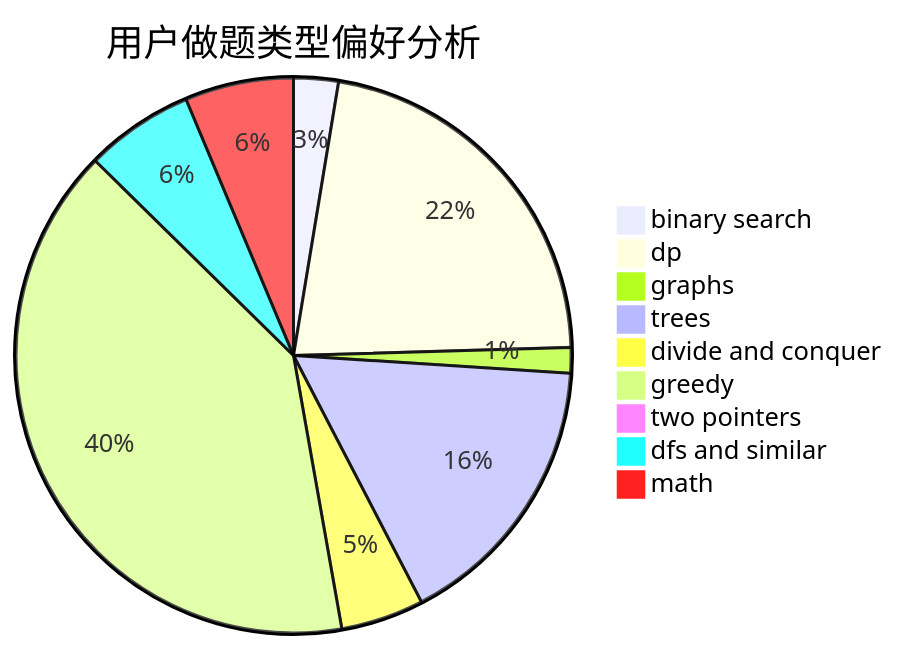
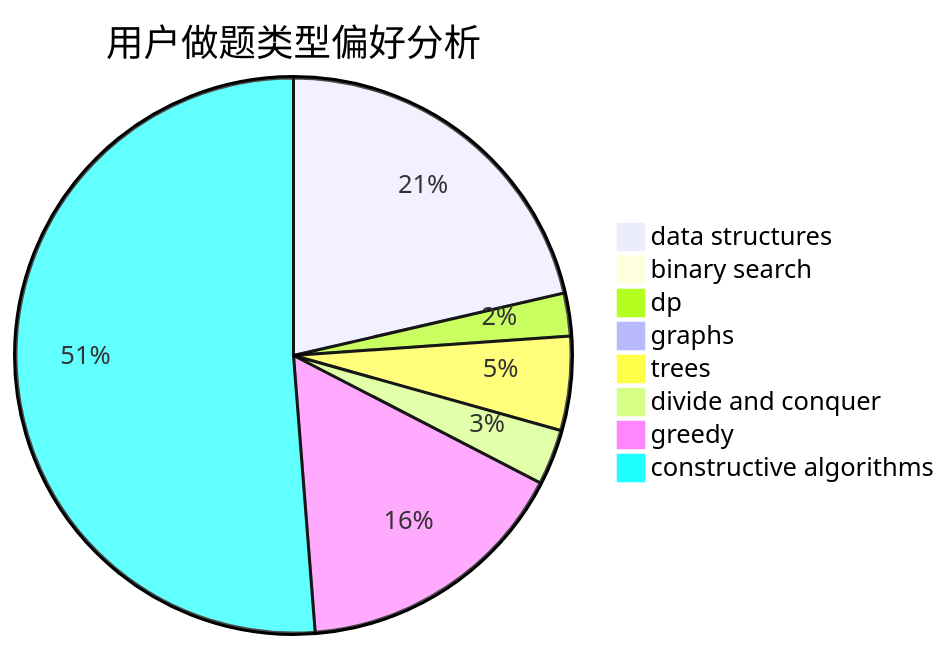
Before and after one commit to sherpahu/cfrs.github.io: the second of 3 diagrams in docs/user/u2745.md, drawn with Mermaid. The commit also changed other lines of this file and 2775 other files, not shown here.

````diff
--- a/docs/user/u2745.md
+++ b/docs/user/u2745.md
@@ -23,12 +23,11 @@
 ```mermaid
 pie title 用户做题类型偏好分析
-    "binary search" :  7
-    "dp" :  59
+    "data structures" :  86
+    "binary search" :  1
+    "dp" :  10
     "graphs" :  4
-    "trees" :  44
+    "trees" :  22
     "divide and conquer" :  13
-    "greedy" :  108
-    "two pointers" :  0
-    "dfs and similar" :  17
-    "math" :  17
+    "greedy" :  65
+    "constructive algorithms" :  206
 ```
````
